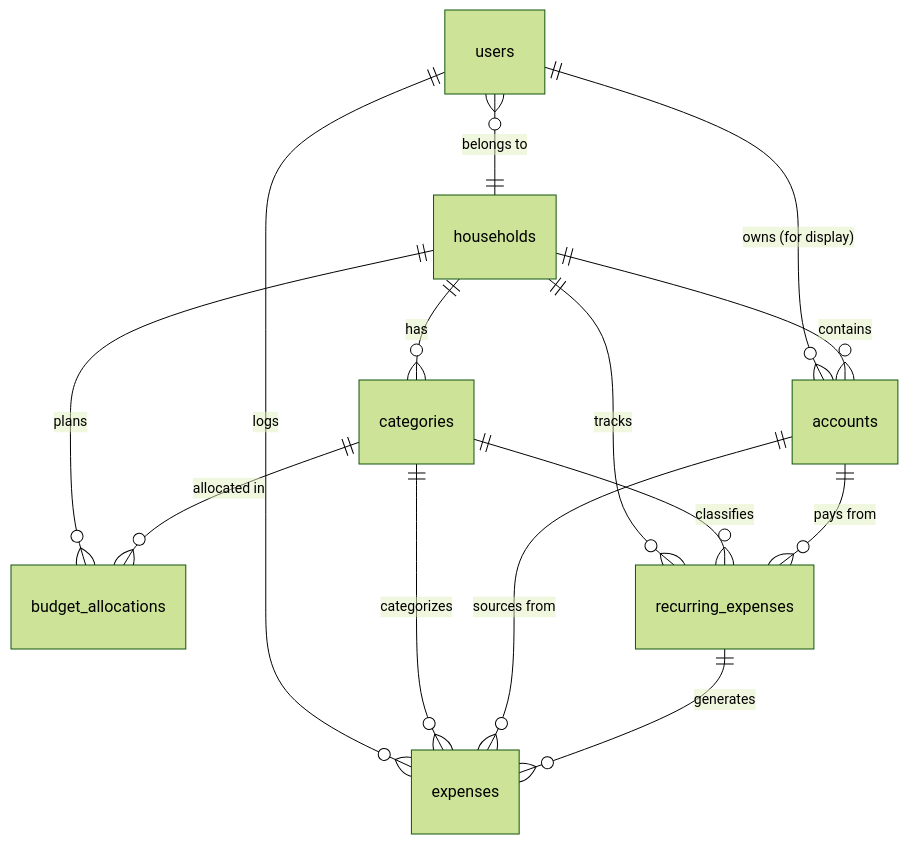
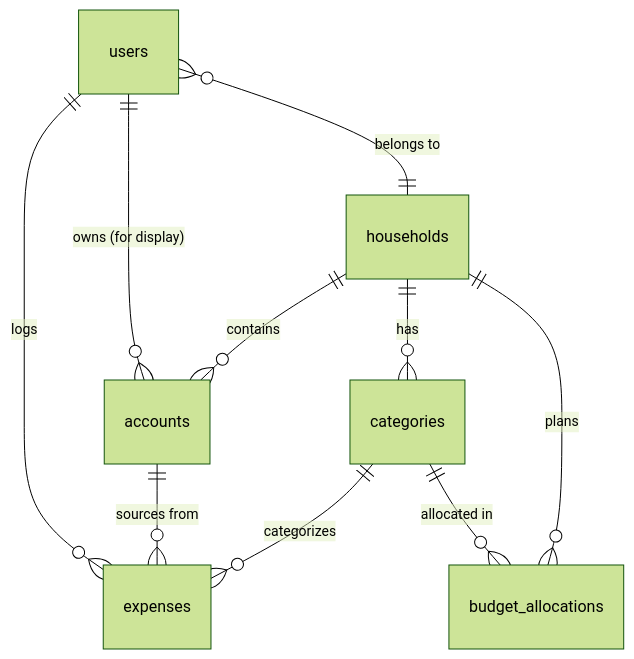
Before and after one commit to tucared/quick-budget: the diagram in DATA_MODEL.md, drawn with Mermaid (forest theme). The commit also changed other lines of this file and 1 other file, not shown here.

Commit message:
docs: update data model to remove long_term categories

````diff
--- a/DATA_MODEL.md
+++ b/DATA_MODEL.md
@@ -9,28 +9,22 @@
 ```mermaid
 erDiagram
     users }o--|| households : "belongs to"
     users ||--o{ expenses : "logs"
     users ||--o{ accounts : "owns (for display)"
 
+    accounts ||--o{ expenses : "sources from"
+
+    categories ||--o{ expenses : "categorizes"
+    categories ||--o{ budget_allocations : "allocated in"
+    
     households ||--o{ accounts : "contains"
     households ||--o{ categories : "has"
     households ||--o{ budget_allocations : "plans"
-    households ||--o{ recurring_expenses : "tracks"
-
-    categories ||--o{ budget_allocations : "allocated in"
-    categories ||--o{ expenses : "categorizes"
-    categories ||--o{ recurring_expenses : "classifies"
-
-    accounts ||--o{ expenses : "sources from"
-    accounts ||--o{ recurring_expenses : "pays from"
-
-    recurring_expenses ||--o{ expenses : "generates"
 
     users
     households
     categories
     budget_allocations
     expenses
     accounts
-    recurring_expenses
 ```
````
